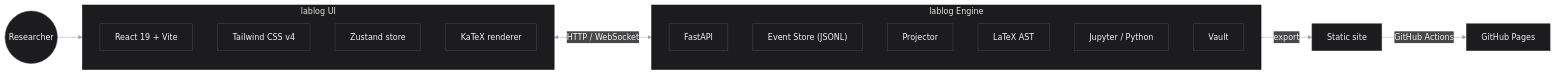
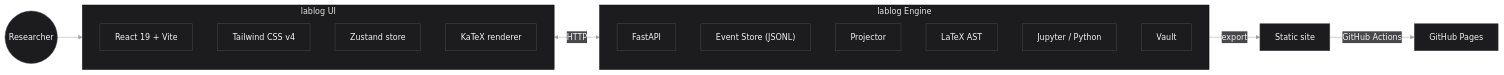
Before and after one commit to kegouro/lablog: the diagram in README.md, drawn with Mermaid. The commit also changed other lines of this file and 52 other files, not shown here.

````diff
--- a/README.md
+++ b/README.md
@@ -127,27 +127,27 @@
 ```mermaid
 %%{init: { 'theme': 'base', 'themeVariables': { 'primaryColor':'#1C1C1E', 'primaryTextColor':'#F2F2F7', 'primaryBorderColor':'#48484A', 'lineColor':'#A1A1A6', 'secondaryColor':'#48484A', 'tertiaryColor':'#1C1C1E' }}}%%
 flowchart LR
     subgraph UI[lablog UI]
         direction TB
         React["React 19 + Vite"]
         Tailwind["Tailwind CSS v4"]
         Zustand["Zustand store"]
         KaTeX["KaTeX renderer"]
     end
 
     subgraph Engine[lablog Engine]
         direction TB
         FastAPI["FastAPI"]
         Events["Event Store (JSONL)"]
         Projector["Projector"]
         AST["LaTeX AST"]
         Jupyter["Jupyter / Python"]
         Vault["Vault"]
     end
 
     User((Researcher))
     User --> UI
-    UI <-->|HTTP / WebSocket| Engine
+    UI <-->|HTTP| Engine
     Engine -->|export| Site["Static site"]
     Site -->|GitHub Actions| Pages["GitHub Pages"]
 ```
````
